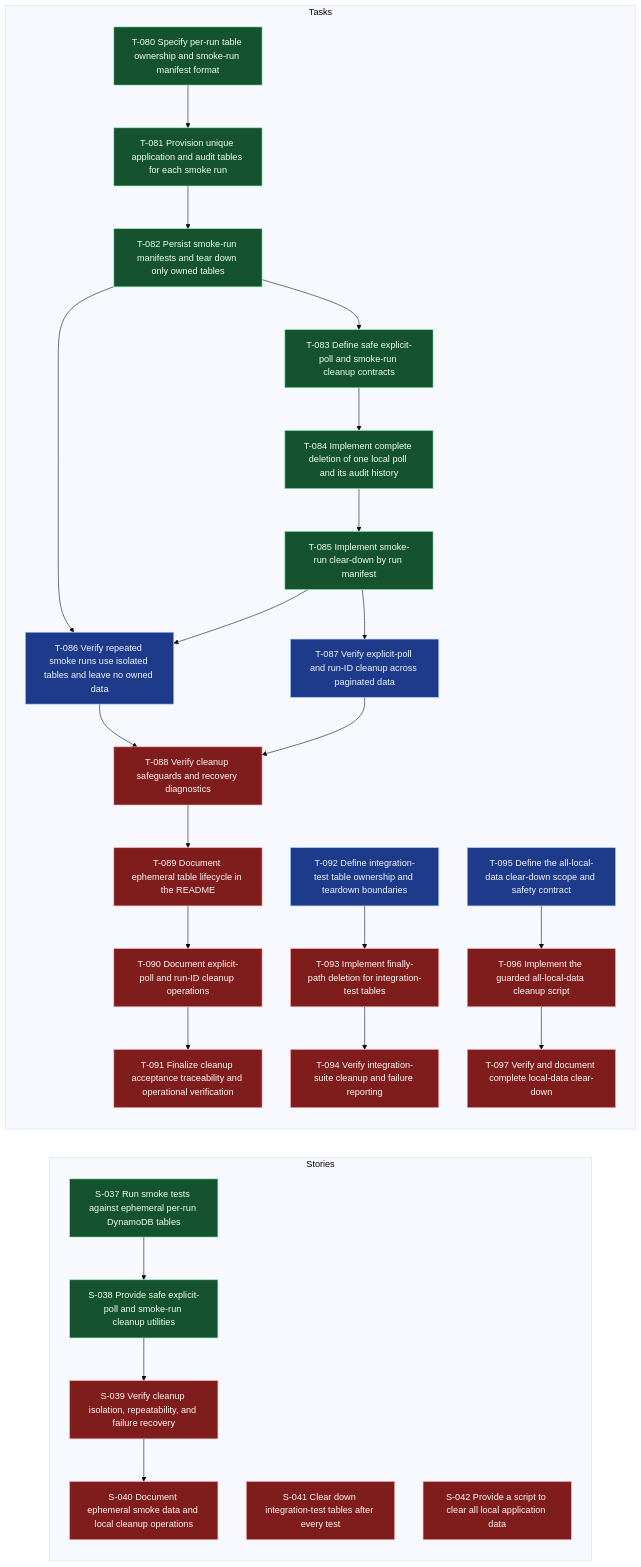
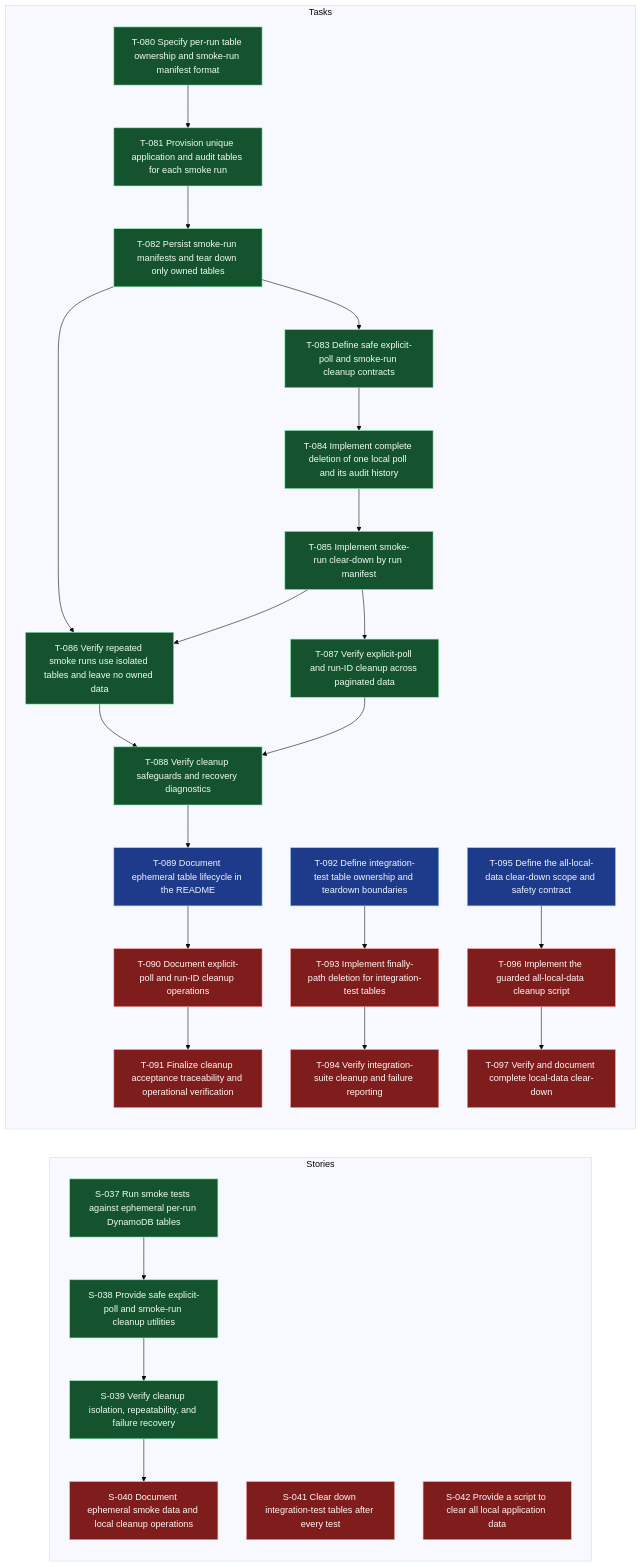
One commit to andybalham/invite-agent changed the diagram in .worktracker/graphs/E-011.mmd. Above: the diagram before and after it, drawn with Mermaid (base theme). The commit also changed 21 other files, not shown here.

First line of the commit message:
Refactor smoke run resources and cleanup processes

```diff
--- a/.worktracker/graphs/E-011.mmd
+++ b/.worktracker/graphs/E-011.mmd
@@ -1,78 +1,78 @@
 graph LR
   classDef done fill:#14532d,stroke:#86efac,color:#f0fdf4;
   classDef blocked fill:#7f1d1d,stroke:#fca5a5,color:#fff7f7;
   classDef inprogress fill:#78350f,stroke:#fbbf24,color:#fffbeb;
   classDef todo fill:#1e3a8a,stroke:#93c5fd,color:#eff6ff;
   classDef empty fill:#374151,stroke:#d1d5db,color:#f9fafb,stroke-dasharray: 3 3;
   subgraph Stories
     S037["S-037 Run smoke tests against ephemeral per-run DynamoDB tables"]:::done
     S038["S-038 Provide safe explicit-poll and smoke-run cleanup utilities"]:::done
-    S039["S-039 Verify cleanup isolation, repeatability, and failure recovery"]:::blocked
+    S039["S-039 Verify cleanup isolation, repeatability, and failure recovery"]:::done
     S040["S-040 Document ephemeral smoke data and local cleanup operations"]:::blocked
     S041["S-041 Clear down integration-test tables after every test"]:::blocked
     S042["S-042 Provide a script to clear all local application data"]:::blocked
     S037 --> S038
     S038 --> S039
     S039 --> S040
   end
   subgraph Tasks
     T080["T-080 Specify per-run table ownership and smoke-run manifest format"]:::done
     T081["T-081 Provision unique application and audit tables for each smoke run"]:::done
     T082["T-082 Persist smoke-run manifests and tear down only owned tables"]:::done
     T083["T-083 Define safe explicit-poll and smoke-run cleanup contracts"]:::done
     T084["T-084 Implement complete deletion of one local poll and its audit history"]:::done
     T085["T-085 Implement smoke-run clear-down by run manifest"]:::done
-    T086["T-086 Verify repeated smoke runs use isolated tables and leave no owned data"]:::todo
-    T087["T-087 Verify explicit-poll and run-ID cleanup across paginated data"]:::todo
-    T088["T-088 Verify cleanup safeguards and recovery diagnostics"]:::blocked
-    T089["T-089 Document ephemeral table lifecycle in the README"]:::blocked
+    T086["T-086 Verify repeated smoke runs use isolated tables and leave no owned data"]:::done
+    T087["T-087 Verify explicit-poll and run-ID cleanup across paginated data"]:::done
+    T088["T-088 Verify cleanup safeguards and recovery diagnostics"]:::done
+    T089["T-089 Document ephemeral table lifecycle in the README"]:::todo
     T090["T-090 Document explicit-poll and run-ID cleanup operations"]:::blocked
     T091["T-091 Finalize cleanup acceptance traceability and operational verification"]:::blocked
     T092["T-092 Define integration-test table ownership and teardown boundaries"]:::todo
     T093["T-093 Implement finally-path deletion for integration-test tables"]:::blocked
     T094["T-094 Verify integration-suite cleanup and failure reporting"]:::blocked
     T095["T-095 Define the all-local-data clear-down scope and safety contract"]:::todo
     T096["T-096 Implement the guarded all-local-data cleanup script"]:::blocked
     T097["T-097 Verify and document complete local-data clear-down"]:::blocked
     T080 --> T081
     T081 --> T082
     T082 --> T083
     T082 --> T086
     T083 --> T084
     T084 --> T085
     T085 --> T086
     T085 --> T087
     T086 --> T088
     T087 --> T088
     T088 --> T089
     T089 --> T090
     T090 --> T091
     T092 --> T093
     T093 --> T094
     T095 --> T096
     T096 --> T097
   end
   click S037 "../entities/S-037-run-smoke-tests-against-ephemeral-per-run-dynamodb-tables.md"
   click S038 "../entities/S-038-provide-safe-explicit-poll-and-smoke-run-cleanup-utilities.md"
   click S039 "../entities/S-039-verify-cleanup-isolation-repeatability-and-failure-recovery.md"
   click S040 "../entities/S-040-document-ephemeral-smoke-data-and-local-cleanup-operations.md"
   click S041 "../entities/S-041-clear-down-integration-test-tables-after-every-test.md"
   click S042 "../entities/S-042-provide-a-script-to-clear-all-local-application-data.md"
   click T080 "../entities/T-080-specify-per-run-table-ownership-and-smoke-run-manifest-format.md"
   click T081 "../entities/T-081-provision-unique-application-and-audit-tables-for-each-smoke-run.md"
   click T082 "../entities/T-082-persist-smoke-run-manifests-and-tear-down-only-owned-tables.md"
   click T083 "../entities/T-083-define-safe-explicit-poll-and-smoke-run-cleanup-contracts.md"
   click T084 "../entities/T-084-implement-complete-deletion-of-one-local-poll-and-its-audit-history.md"
   click T085 "../entities/T-085-implement-smoke-run-clear-down-by-run-manifest.md"
   click T086 "../entities/T-086-verify-repeated-smoke-runs-use-isolated-tables-and-leave-no-owned-data.md"
   click T087 "../entities/T-087-verify-explicit-poll-and-run-id-cleanup-across-paginated-data.md"
   click T088 "../entities/T-088-verify-cleanup-safeguards-and-recovery-diagnostics.md"
   click T089 "../entities/T-089-document-ephemeral-table-lifecycle-in-the-readme.md"
   click T090 "../entities/T-090-document-explicit-poll-and-run-id-cleanup-operations.md"
   click T091 "../entities/T-091-finalize-cleanup-acceptance-traceability-and-operational-verification.md"
   click T092 "../entities/T-092-define-integration-test-table-ownership-and-teardown-boundaries.md"
   click T093 "../entities/T-093-implement-finally-path-deletion-for-integration-test-tables.md"
   click T094 "../entities/T-094-verify-integration-suite-cleanup-and-failure-reporting.md"
   click T095 "../entities/T-095-define-the-all-local-data-clear-down-scope-and-safety-contract.md"
   click T096 "../entities/T-096-implement-the-guarded-all-local-data-cleanup-script.md"
   click T097 "../entities/T-097-verify-and-document-complete-local-data-clear-down.md"
```
